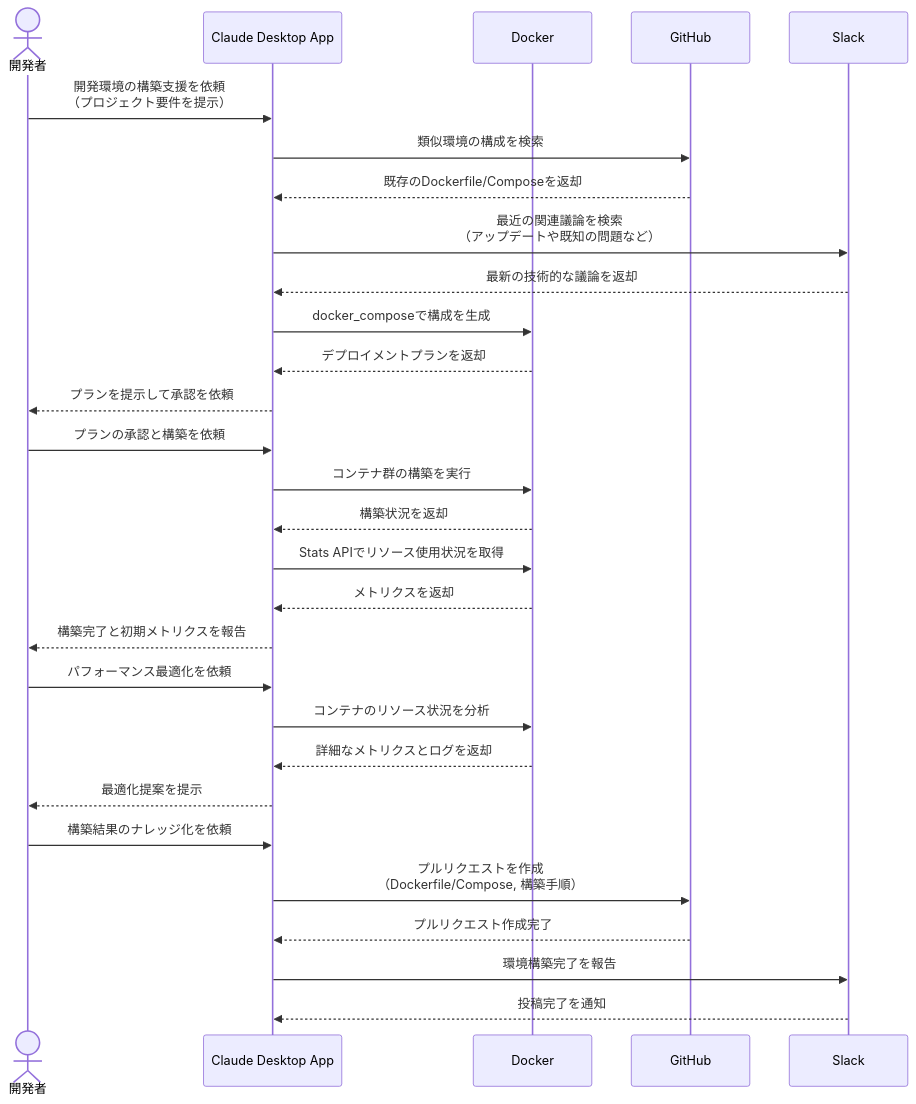
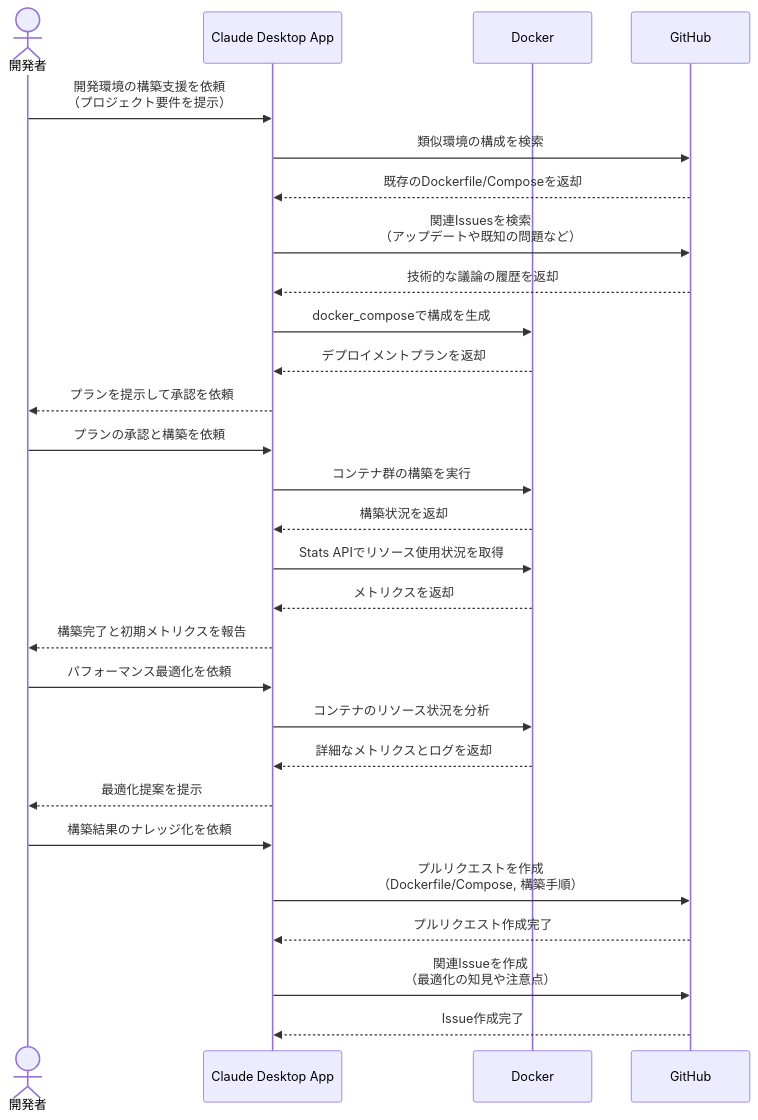
The diagram in docs/02_エンジニア/チーム全体の開発環境を最適化する.md (po-shu/mcp-100-ideas), drawn with Mermaid before and after one commit. The commit also changed other lines of this file and 2 other files, not shown here.

Commit message:
docs: 02,07 stop!! hallucination, 07 in progress

````diff
--- a/docs/02_エンジニア/チーム全体の開発環境を最適化する.md
+++ b/docs/02_エンジニア/チーム全体の開発環境を最適化する.md
@@ -17,36 +16,35 @@
 ```mermaid
 sequenceDiagram
     actor User as 開発者
     participant CAP as Claude Desktop App
     participant Docker as Docker
     participant GH as GitHub
-    participant Slack as Slack
 
     User->>CAP: 開発環境の構築支援を依頼<br>（プロジェクト要件を提示）
     CAP->>GH: 類似環境の構成を検索
     GH-->>CAP: 既存のDockerfile/Composeを返却
-    CAP->>Slack: 最近の関連議論を検索<br>（アップデートや既知の問題など）
-    Slack-->>CAP: 最新の技術的な議論を返却
+    CAP->>GH: 関連Issuesを検索<br>（アップデートや既知の問題など）
+    GH-->>CAP: 技術的な議論の履歴を返却
     
     CAP->>Docker: docker_composeで構成を生成
     Docker-->>CAP: デプロイメントプランを返却
     CAP-->>User: プランを提示して承認を依頼
     User->>CAP: プランの承認と構築を依頼
     
     CAP->>Docker: コンテナ群の構築を実行
     Docker-->>CAP: 構築状況を返却
     CAP->>Docker: Stats APIでリソース使用状況を取得
     Docker-->>CAP: メトリクスを返却
     CAP-->>User: 構築完了と初期メトリクスを報告
     
     User->>CAP: パフォーマンス最適化を依頼
     CAP->>Docker: コンテナのリソース状況を分析
     Docker-->>CAP: 詳細なメトリクスとログを返却
     CAP-->>User: 最適化提案を提示
     
     User->>CAP: 構築結果のナレッジ化を依頼
     CAP->>GH: プルリクエストを作成<br>（Dockerfile/Compose, 構築手順）
     GH-->>CAP: プルリクエスト作成完了
-    CAP->>Slack: 環境構築完了を報告
-    Slack-->>CAP: 投稿完了を通知
+    CAP->>GH: 関連Issueを作成<br>（最適化の知見や注意点）
+    GH-->>CAP: Issue作成完了
 ```
````
